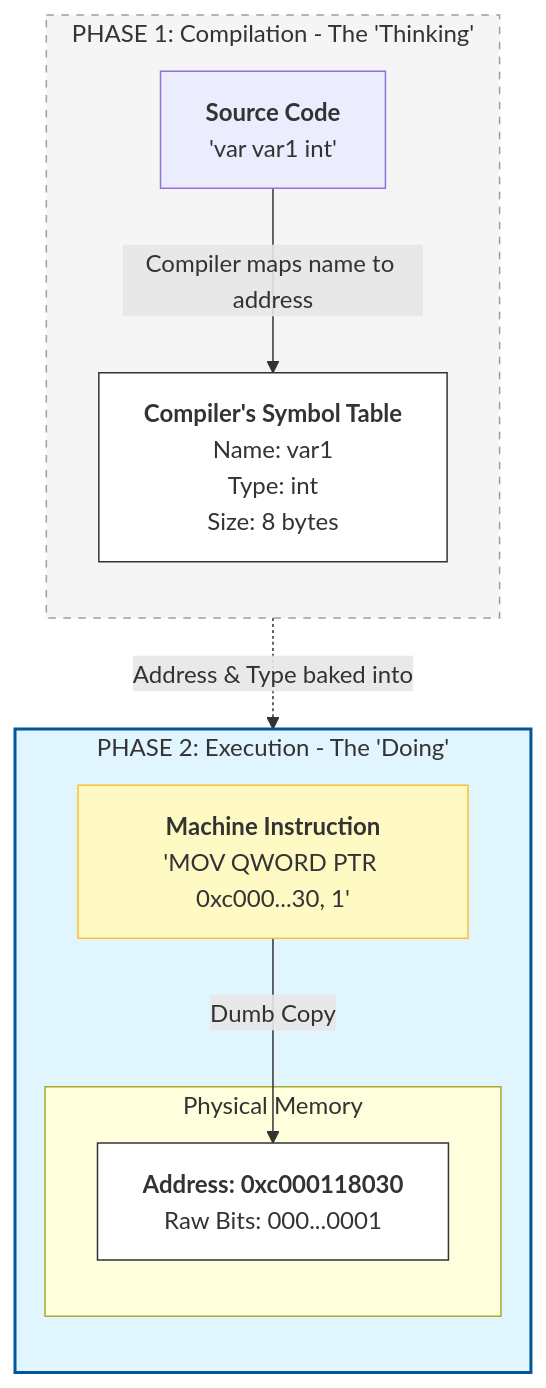
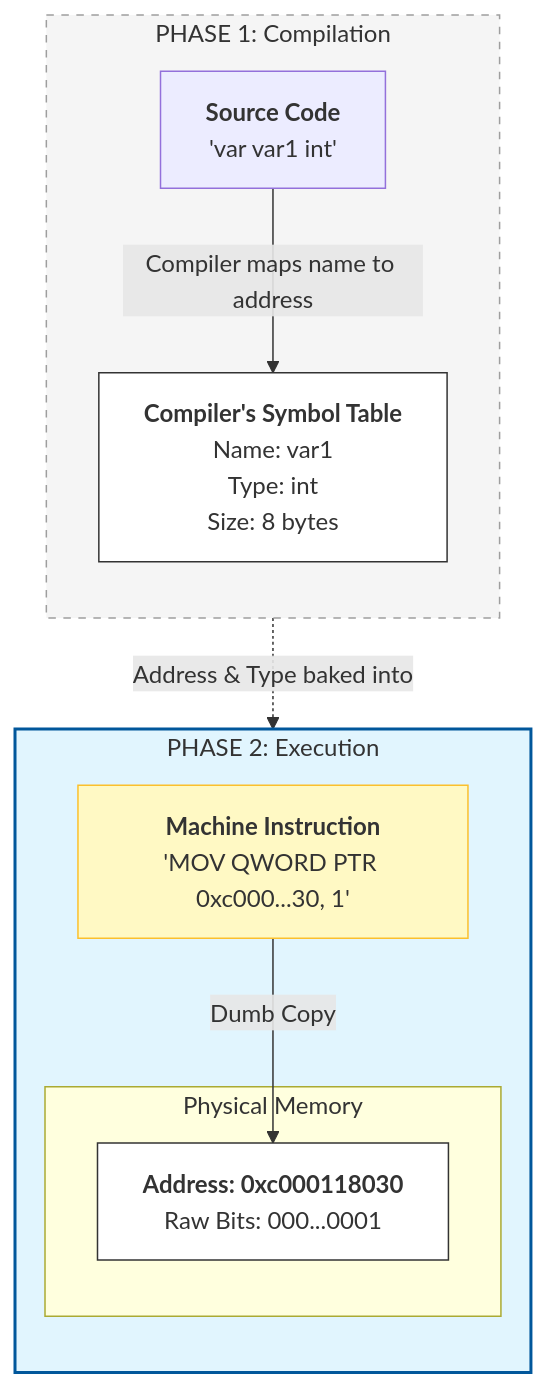
The first of 2 diagrams in src/content/en/Variables - The meaning of assignment.md (IvanSoregashi/IvanSoregashi.github.io), drawn with Mermaid before and after one commit. The commit also changed other lines of this file, not shown here.

````diff
--- a/src/content/en/Variables - The meaning of assignment.md
+++ b/src/content/en/Variables - The meaning of assignment.md
@@ -77,30 +71,30 @@
 ```mermaid
 graph TD
-    subgraph CompilePhase [PHASE 1: Compilation - The 'Thinking']
+    subgraph CompilePhase [PHASE 1: Compilation]
         direction TB
         Source[<b>Source Code</b><br/>'var var1 int'] 
         SymTable[<b>Compiler's Symbol Table</b><br/>Name: var1<br/>Type: int<br/>Size: 8 bytes]
         
         Source -->|Compiler maps name to address| SymTable
     end
 
-    subgraph RuntimePhase [PHASE 2: Execution - The 'Doing']
+    subgraph RuntimePhase [PHASE 2: Execution]
         direction TB
         Instruction[<b>Machine Instruction</b><br/>'MOV QWORD PTR 0xc000...30, 1']
         
         subgraph RAM [Physical Memory]
             Slot[<b>Address: 0xc000118030</b><br/>Raw Bits: 000...0001]
         end
 
         Instruction -->|Dumb Copy| Slot
     end
 
     SymTable -.->|Address & Type baked into| Instruction
 
     %% Styling
     style CompilePhase fill:#f5f5f5,stroke:#9e9e9e,stroke-dasharray: 5 5
     style RuntimePhase fill:#e1f5fe,stroke:#01579b,stroke-width:2px
     style SymTable fill:#fff,stroke:#333
     style Slot fill:#fff,stroke:#333
     style Instruction fill:#fff9c4,stroke:#fbc02d
 ```
````
